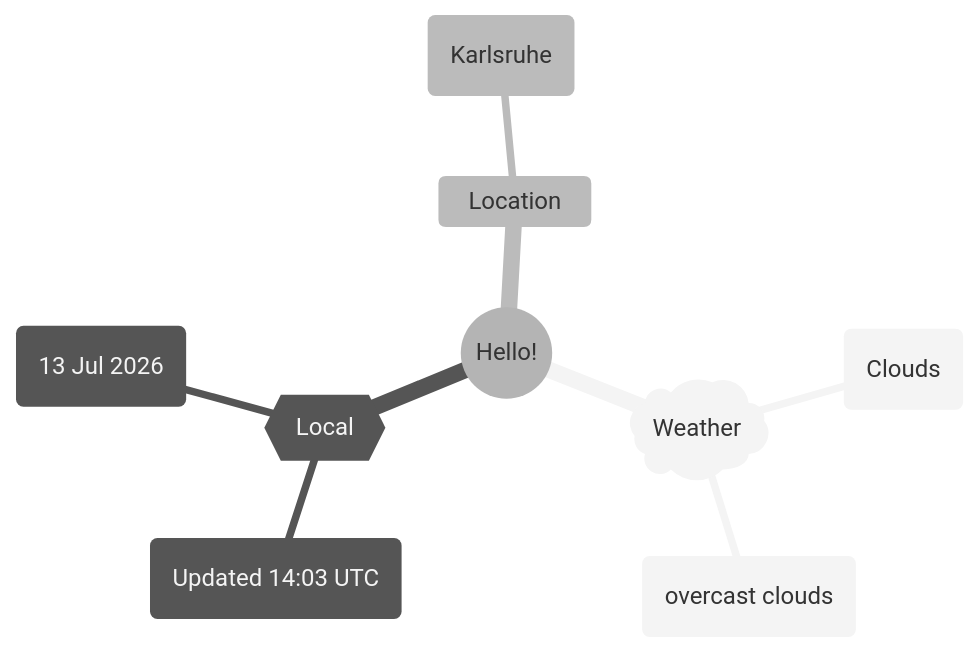
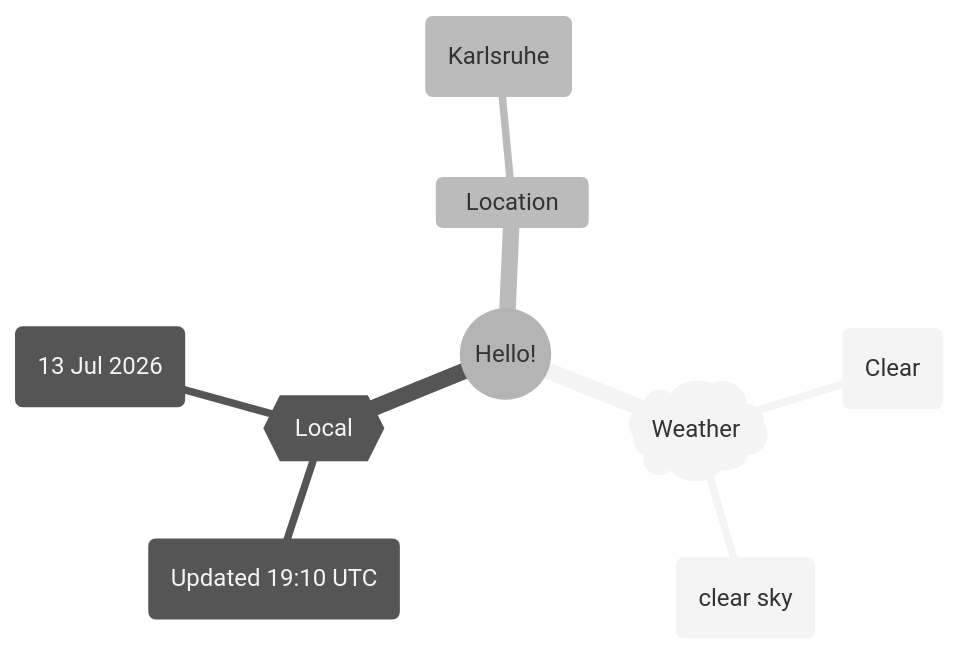
Before and after one commit to Xosrov/Xosrov: the first of 2 diagrams in README.md, drawn with Mermaid (neutral theme).

Commit message:
[bot] updated images

````diff
--- a/README.md
+++ b/README.md
@@ -3,12 +3,12 @@
 ```mermaid
 mindmap
   root((Hello!))
     )Weather(
-        (Clouds)
-        (overcast clouds)
+        (Clear)
+        (clear sky)
     {{Local}}
-        (Updated 14:03 UTC)
+        (Updated 19:10 UTC)
         (13 Jul 2026)
     Location
         (Karlsruhe)
 ```
````
